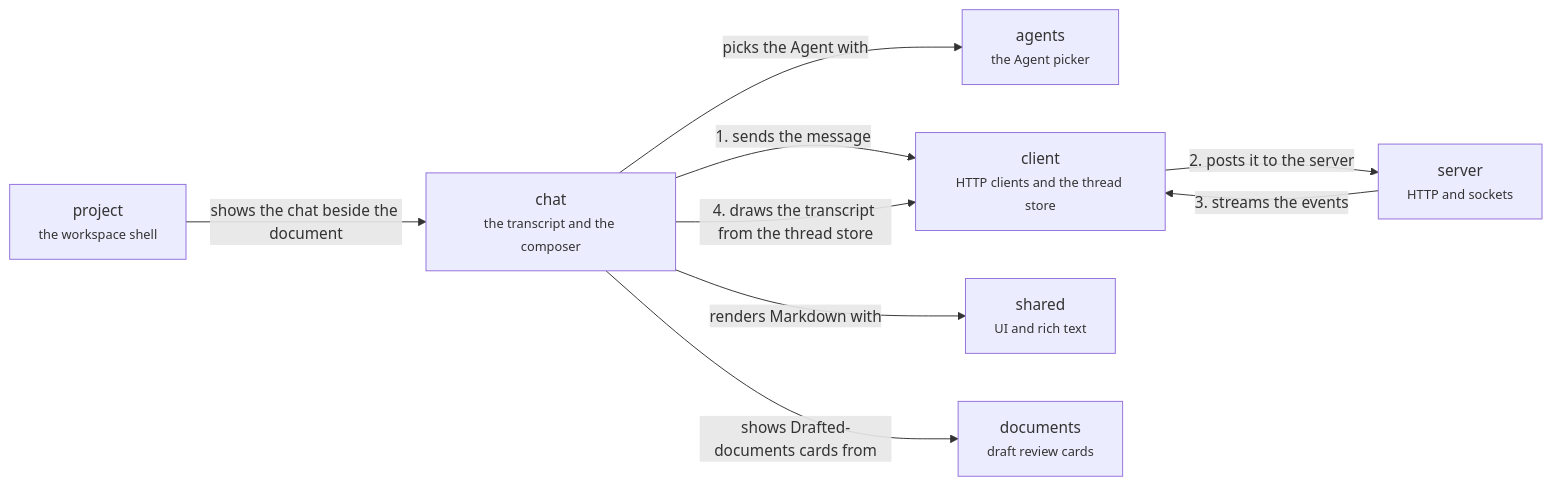
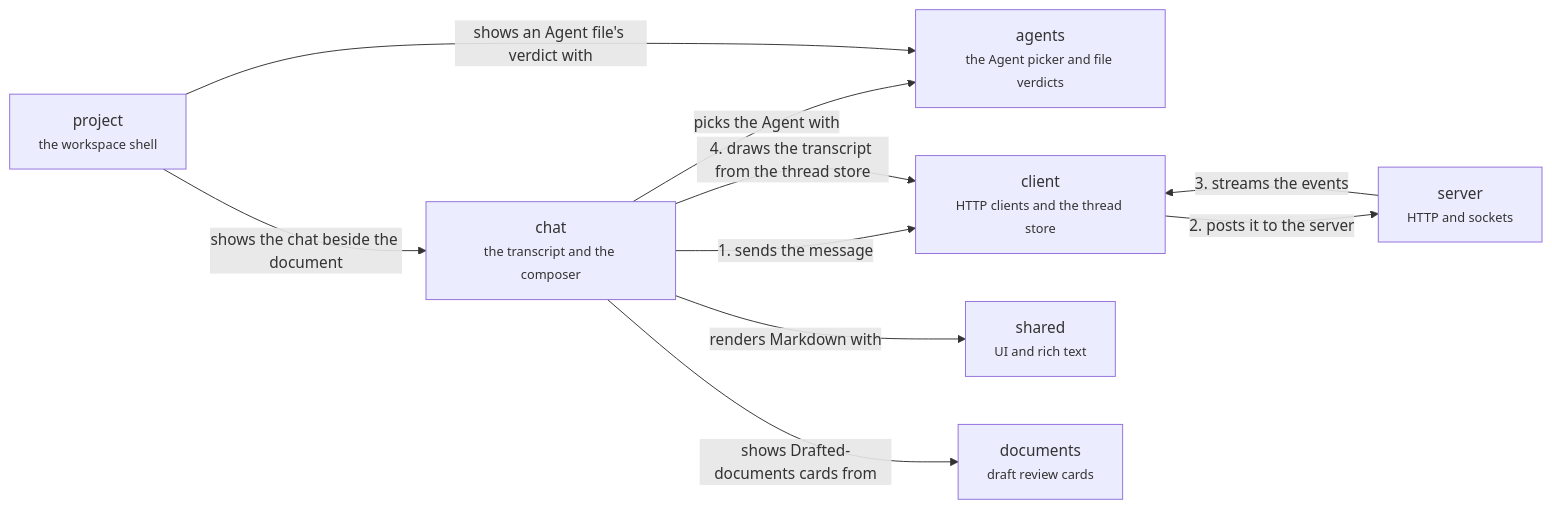
Before and after one commit to haowjy/meridian-flow: the diagram in .context/system-architecture/app-conversation.md, drawn with Mermaid. The commit also changed other lines of this file and 43 other files, not shown here.

First line of the commit message:
Agents tab and an Agent file's status

````diff
--- a/.context/system-architecture/app-conversation.md
+++ b/.context/system-architecture/app-conversation.md
@@ -5,18 +5,19 @@
 ```mermaid
 flowchart LR
   chat["chat<br/><small>the transcript and the composer</small>"]:::feature
-  agents["agents<br/><small>the Agent picker</small>"]:::feature
+  agents["agents<br/><small>the Agent picker and file verdicts</small>"]:::feature
   project["project<br/><small>the workspace shell</small>"]:::context
   client["client<br/><small>HTTP clients and the thread store</small>"]:::context
   shared["shared<br/><small>UI and rich text</small>"]:::context
   documents["documents<br/><small>draft review cards</small>"]:::context
   server["server<br/><small>HTTP and sockets</small>"]:::context
   chat -->|"1. sends the message"| client
   client -->|"2. posts it to the server"| server
   server -->|"3. streams the events"| client
   chat -->|"4. draws the transcript from the thread store"| client
   chat -->|"picks the Agent with"| agents
   project -->|"shows the chat beside the document"| chat
+  project -->|"shows an Agent file's verdict with"| agents
   chat -->|"renders Markdown with"| shared
   chat -->|"shows Drafted-documents cards from"| documents
 ```
````
